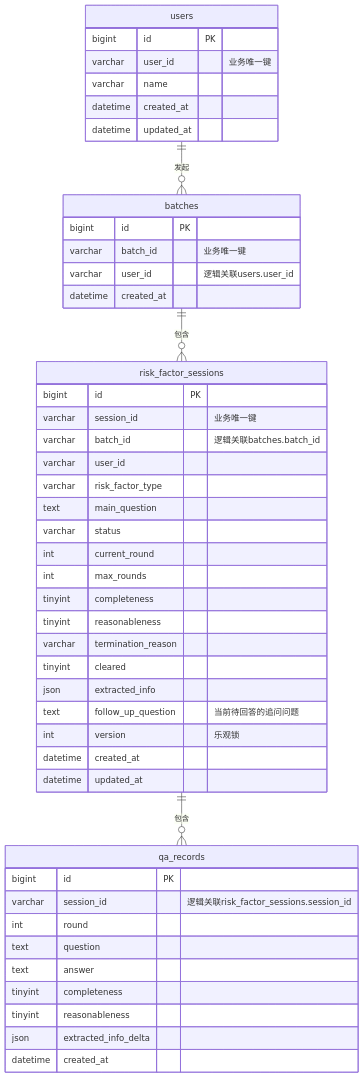
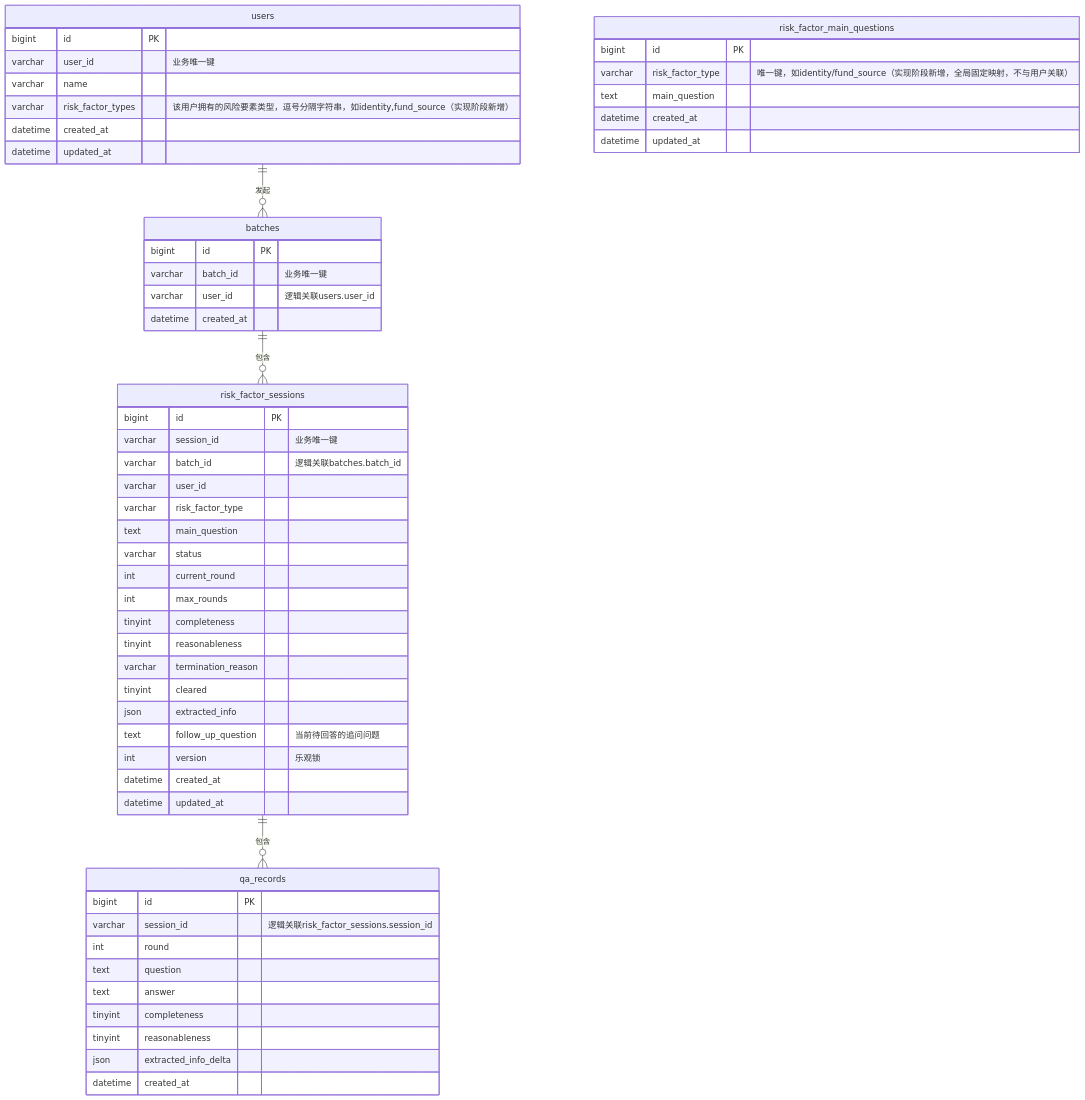
The third of 3 diagrams in docs/DESIGN.md (NoxiouSi/eino-risk-qa), drawn with Mermaid before and after one commit. The commit also changed other lines of this file and 28 other files, not shown here.

````diff
--- a/docs/DESIGN.md
+++ b/docs/DESIGN.md
@@ -459,51 +482,59 @@
 ```mermaid
 erDiagram
     users ||--o{ batches : "发起"
     batches ||--o{ risk_factor_sessions : "包含"
     risk_factor_sessions ||--o{ qa_records : "包含"
 
     users {
         bigint id PK
         varchar user_id "业务唯一键"
         varchar name
+        varchar risk_factor_types "该用户拥有的风险要素类型，逗号分隔字符串，如identity,fund_source（实现阶段新增）"
         datetime created_at
         datetime updated_at
     }
     batches {
         bigint id PK
         varchar batch_id "业务唯一键"
         varchar user_id "逻辑关联users.user_id"
         datetime created_at
     }
     risk_factor_sessions {
         bigint id PK
         varchar session_id "业务唯一键"
         varchar batch_id "逻辑关联batches.batch_id"
         varchar user_id
         varchar risk_factor_type
         text main_question
         varchar status
         int current_round
         int max_rounds
         tinyint completeness
         tinyint reasonableness
         varchar termination_reason
         tinyint cleared
         json extracted_info
         text follow_up_question "当前待回答的追问问题"
         int version "乐观锁"
         datetime created_at
         datetime updated_at
     }
     qa_records {
         bigint id PK
         varchar session_id "逻辑关联risk_factor_sessions.session_id"
         int round
         text question
         text answer
         tinyint completeness
         tinyint reasonableness
         json extracted_info_delta
         datetime created_at
     }
+    risk_factor_main_questions {
+        bigint id PK
+        varchar risk_factor_type "唯一键，如identity/fund_source（实现阶段新增，全局固定映射，不与用户关联）"
+        text main_question
+        datetime created_at
+        datetime updated_at
+    }
 ```
````
